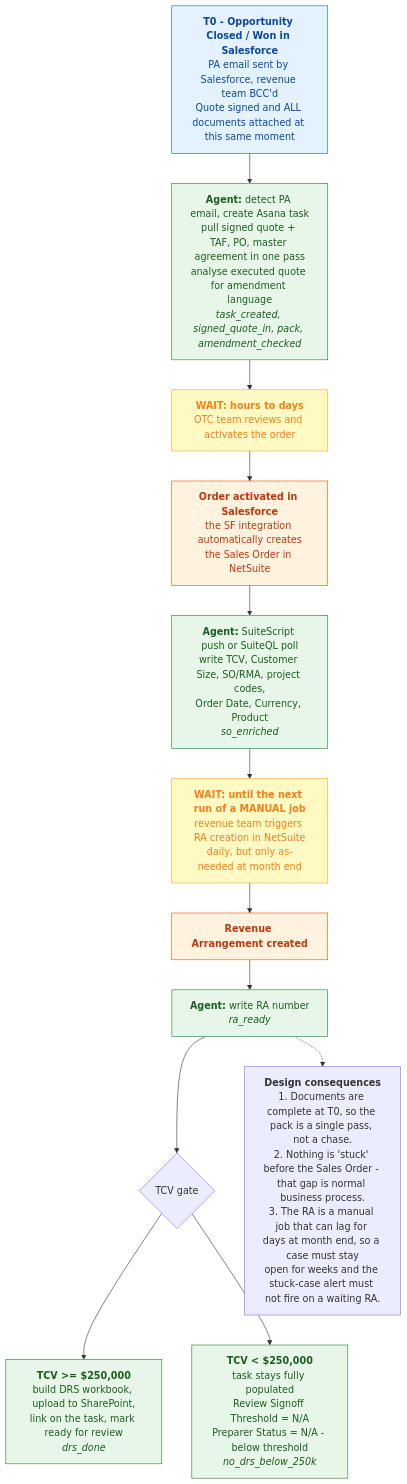
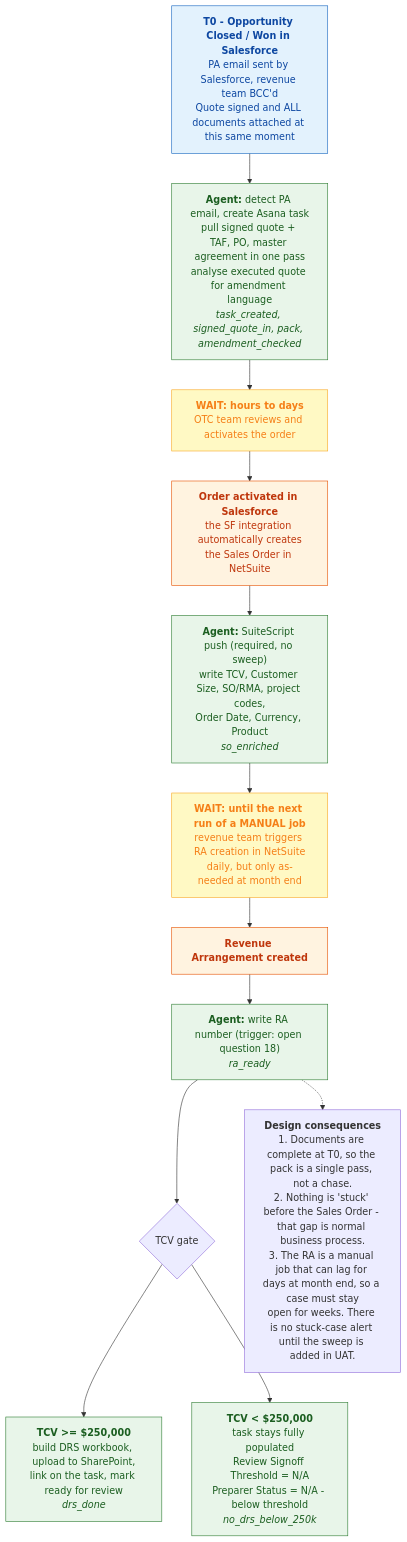
Before and after one commit to raj-barshikar-sp/deal_review_agent_wf1: the diagram in docs/plan/diagrams/mmd/09-timeline.mmd, drawn with Mermaid. The commit also changed 21 other files, not shown here.

Commit message:
updated diagrams

```diff
--- a/docs/plan/diagrams/mmd/09-timeline.mmd
+++ b/docs/plan/diagrams/mmd/09-timeline.mmd
@@ -1,30 +1,30 @@
 flowchart TB
     classDef sf fill:#e3f2fd,stroke:#1565c0,color:#0d47a1
     classDef ns fill:#fff3e0,stroke:#e65100,color:#bf360c
     classDef ag fill:#e8f5e9,stroke:#2e7d32,color:#1b5e20
     classDef wait fill:#fff9c4,stroke:#f9a825,color:#f57f17
 
     T0["<b>T0 - Opportunity Closed / Won in Salesforce</b><br/>PA email sent by Salesforce, revenue team BCC'd<br/>Quote signed and ALL documents attached at this same moment"]:::sf
     A0["<b>Agent:</b> detect PA email, create Asana task<br/>pull signed quote + TAF, PO, master agreement in one pass<br/>analyse executed quote for amendment language<br/><i>task_created, signed_quote_in, pack, amendment_checked</i>"]:::ag
 
     W1["<b>WAIT: hours to days</b><br/>OTC team reviews and activates the order"]:::wait
 
     T1["<b>Order activated in Salesforce</b><br/>the SF integration automatically creates<br/>the Sales Order in NetSuite"]:::ns
-    A1["<b>Agent:</b> SuiteScript push or SuiteQL poll<br/>write TCV, Customer Size, SO/RMA, project codes,<br/>Order Date, Currency, Product<br/><i>so_enriched</i>"]:::ag
+    A1["<b>Agent:</b> SuiteScript push (required, no sweep)<br/>write TCV, Customer Size, SO/RMA, project codes,<br/>Order Date, Currency, Product<br/><i>so_enriched</i>"]:::ag
 
     W2["<b>WAIT: until the next run of a MANUAL job</b><br/>revenue team triggers RA creation in NetSuite<br/>daily, but only as-needed at month end"]:::wait
 
     T2["<b>Revenue Arrangement created</b>"]:::ns
-    A2["<b>Agent:</b> write RA number<br/><i>ra_ready</i>"]:::ag
+    A2["<b>Agent:</b> write RA number (trigger: open question 18)<br/><i>ra_ready</i>"]:::ag
 
     T3{"TCV gate"}
     A3A["<b>TCV >= $250,000</b><br/>build DRS workbook, upload to SharePoint,<br/>link on the task, mark ready for review<br/><i>drs_done</i>"]:::ag
     A3B["<b>TCV < $250,000</b><br/>task stays fully populated<br/>Review Signoff Threshold = N/A<br/>Preparer Status = N/A - below threshold<br/><i>no_drs_below_250k</i>"]:::ag
 
     T0 --> A0 --> W1 --> T1 --> A1 --> W2 --> T2 --> A2 --> T3
     T3 --> A3A
     T3 --> A3B
 
-    N1["<b>Design consequences</b><br/>1. Documents are complete at T0, so the pack is a single pass, not a chase.<br/>2. Nothing is 'stuck' before the Sales Order - that gap is normal business process.<br/>3. The RA is a manual job that can lag for days at month end, so a case must stay<br/>open for weeks and the stuck-case alert must not fire on a waiting RA."]
+    N1["<b>Design consequences</b><br/>1. Documents are complete at T0, so the pack is a single pass, not a chase.<br/>2. Nothing is 'stuck' before the Sales Order - that gap is normal business process.<br/>3. The RA is a manual job that can lag for days at month end, so a case must stay<br/>open for weeks. There is no stuck-case alert until the sweep is added in UAT."]
 
     A2 -.-> N1
```
